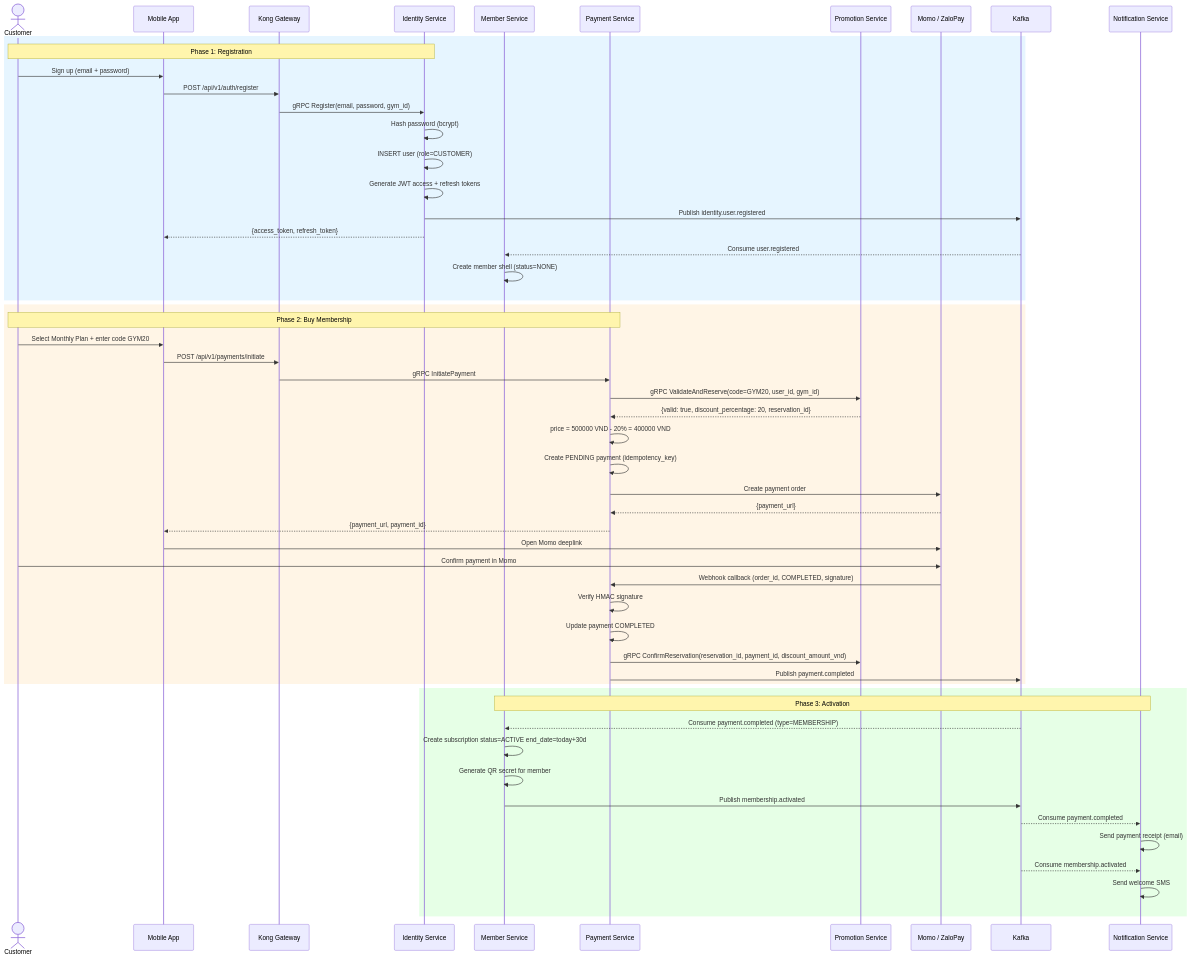
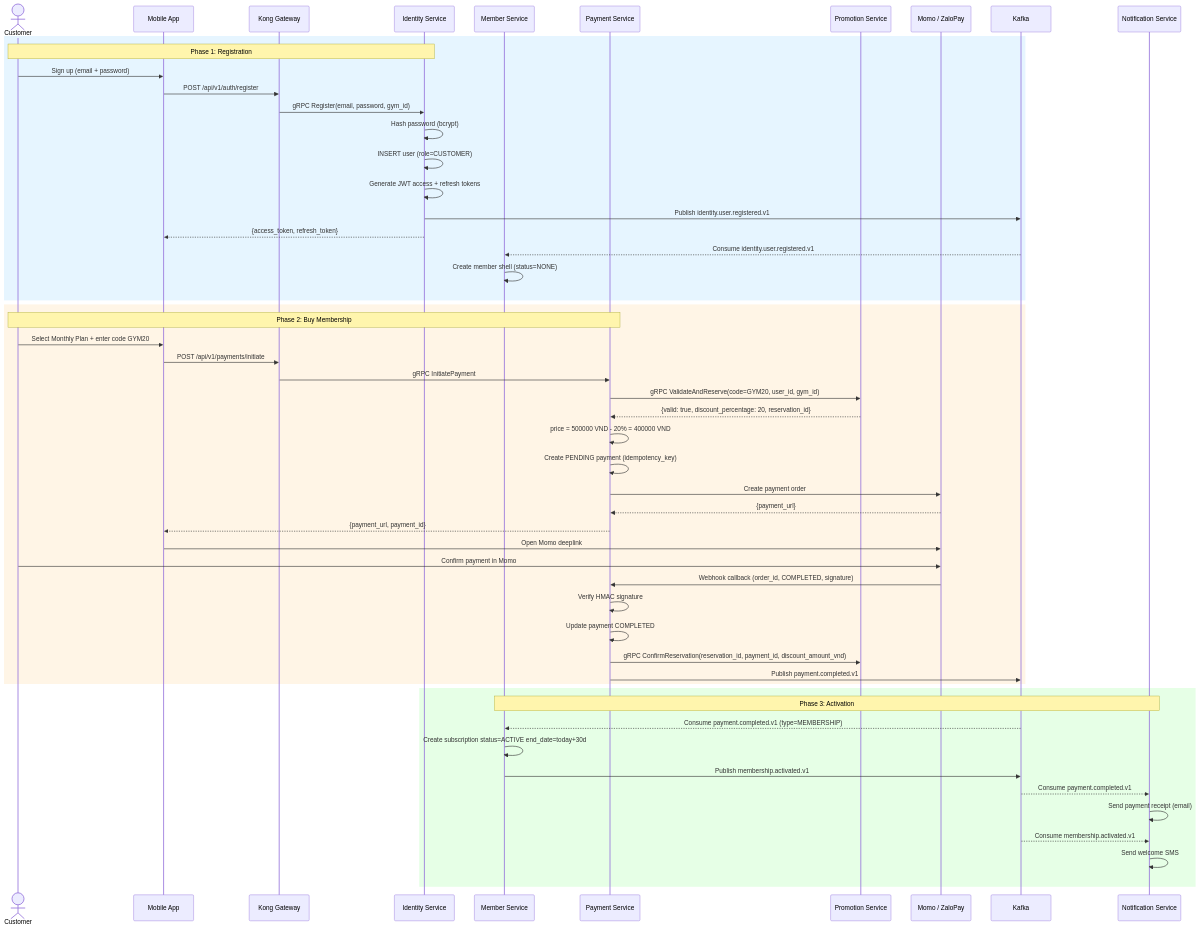
The fourth of 15 diagrams in flows/01-business-flows.md (pploc/gym-architect), drawn with Mermaid before and after one commit. The commit also changed other lines of this file and 15 other files, not shown here.

````diff
--- a/flows/01-business-flows.md
+++ b/flows/01-business-flows.md
@@ -100,65 +100,64 @@
 ```mermaid
 sequenceDiagram
     actor C as Customer
     participant APP as Mobile App
     participant K as Kong Gateway
     participant IS as Identity Service
     participant MS as Member Service
     participant PS as Payment Service
     participant PRS as Promotion Service
     participant PP as Momo / ZaloPay
     participant KF as Kafka
     participant NS as Notification Service
 
     rect rgb(230, 245, 255)
     Note over C,IS: Phase 1: Registration
     C->>APP: Sign up (email + password)
     APP->>K: POST /api/v1/auth/register
     K->>IS: gRPC Register(email, password, gym_id)
     IS->>IS: Hash password (bcrypt)
     IS->>IS: INSERT user (role=CUSTOMER)
     IS->>IS: Generate JWT access + refresh tokens
-    IS->>KF: Publish identity.user.registered
+    IS->>KF: Publish identity.user.registered.v1
     IS-->>APP: {access_token, refresh_token}
-    KF-->>MS: Consume user.registered
+    KF-->>MS: Consume identity.user.registered.v1
     MS->>MS: Create member shell (status=NONE)
     end
 
     rect rgb(255, 245, 230)
     Note over C,PS: Phase 2: Buy Membership
     C->>APP: Select Monthly Plan + enter code GYM20
     APP->>K: POST /api/v1/payments/initiate
     K->>PS: gRPC InitiatePayment
 
     PS->>PRS: gRPC ValidateAndReserve(code=GYM20, user_id, gym_id)
     PRS-->>PS: {valid: true, discount_percentage: 20, reservation_id}
     PS->>PS: price = 500000 VND - 20% = 400000 VND
 
     PS->>PS: Create PENDING payment (idempotency_key)
     PS->>PP: Create payment order
     PP-->>PS: {payment_url}
     PS-->>APP: {payment_url, payment_id}
 
     APP->>PP: Open Momo deeplink
     C->>PP: Confirm payment in Momo
     PP->>PS: Webhook callback (order_id, COMPLETED, signature)
     PS->>PS: Verify HMAC signature
     PS->>PS: Update payment COMPLETED
     PS->>PRS: gRPC ConfirmReservation(reservation_id, payment_id, discount_amount_vnd)
-    PS->>KF: Publish payment.completed
+    PS->>KF: Publish payment.completed.v1
     end
 
     rect rgb(230, 255, 230)
     Note over MS,NS: Phase 3: Activation
-    KF-->>MS: Consume payment.completed (type=MEMBERSHIP)
+    KF-->>MS: Consume payment.completed.v1 (type=MEMBERSHIP)
     MS->>MS: Create subscription status=ACTIVE end_date=today+30d
-    MS->>MS: Generate QR secret for member
-    MS->>KF: Publish membership.activated
+    MS->>KF: Publish membership.activated.v1
 
-    KF-->>NS: Consume payment.completed
+    KF-->>NS: Consume payment.completed.v1
     NS->>NS: Send payment receipt (email)
 
-    KF-->>NS: Consume membership.activated
+    KF-->>NS: Consume membership.activated.v1
     NS->>NS: Send welcome SMS
     end
 ```
````
